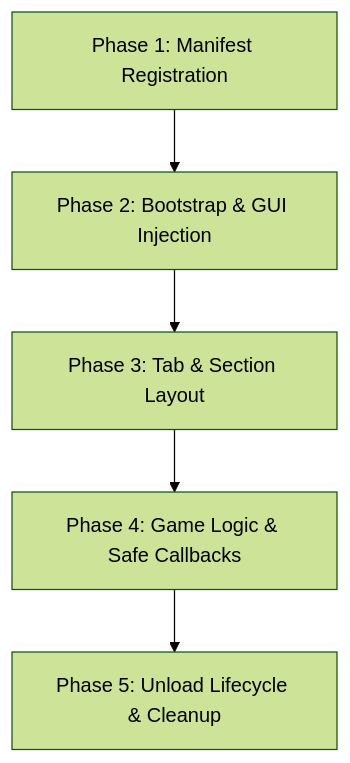
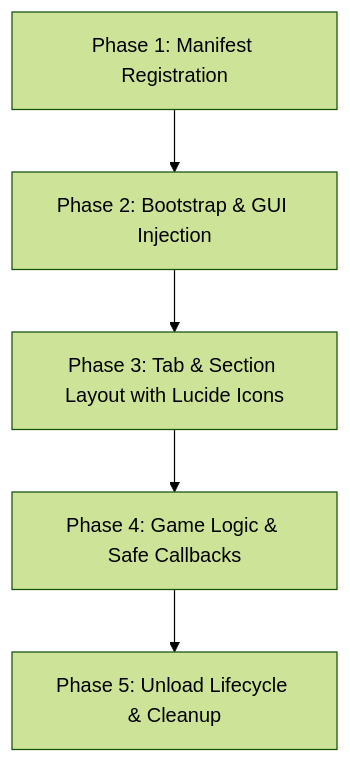
One commit to Jexytd/Gousse changed the diagram in .agents/skills/gousse-gui/SKILL.md. Above: the diagram before and after it, drawn with Mermaid (forest theme). The commit also changed other lines of this file and 5 other files, not shown here.

````diff
--- a/.agents/skills/gousse-gui/SKILL.md
+++ b/.agents/skills/gousse-gui/SKILL.md
@@ -157,7 +227,7 @@
 ```mermaid
 flowchart TD
     P1[Phase 1: Manifest Registration] --> P2[Phase 2: Bootstrap & GUI Injection]
-    P2 --> P3[Phase 3: Tab & Section Layout]
+    P2 --> P3[Phase 3: Tab & Section Layout with Lucide Icons]
     P3 --> P4[Phase 4: Game Logic & Safe Callbacks]
     P4 --> P5[Phase 5: Unload Lifecycle & Cleanup]
 ```
````
